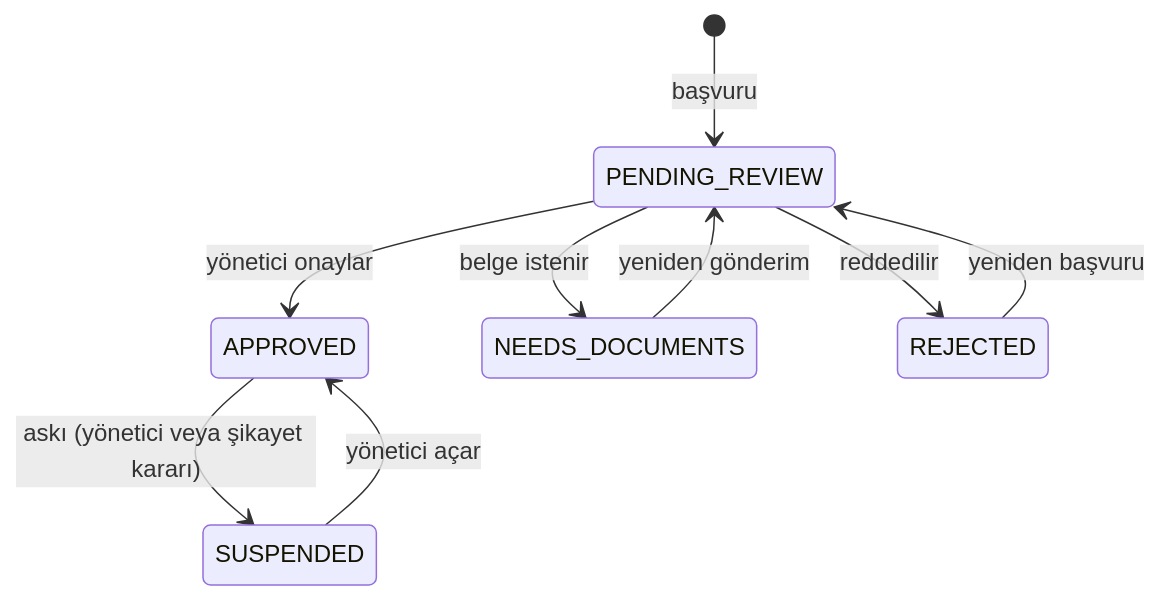
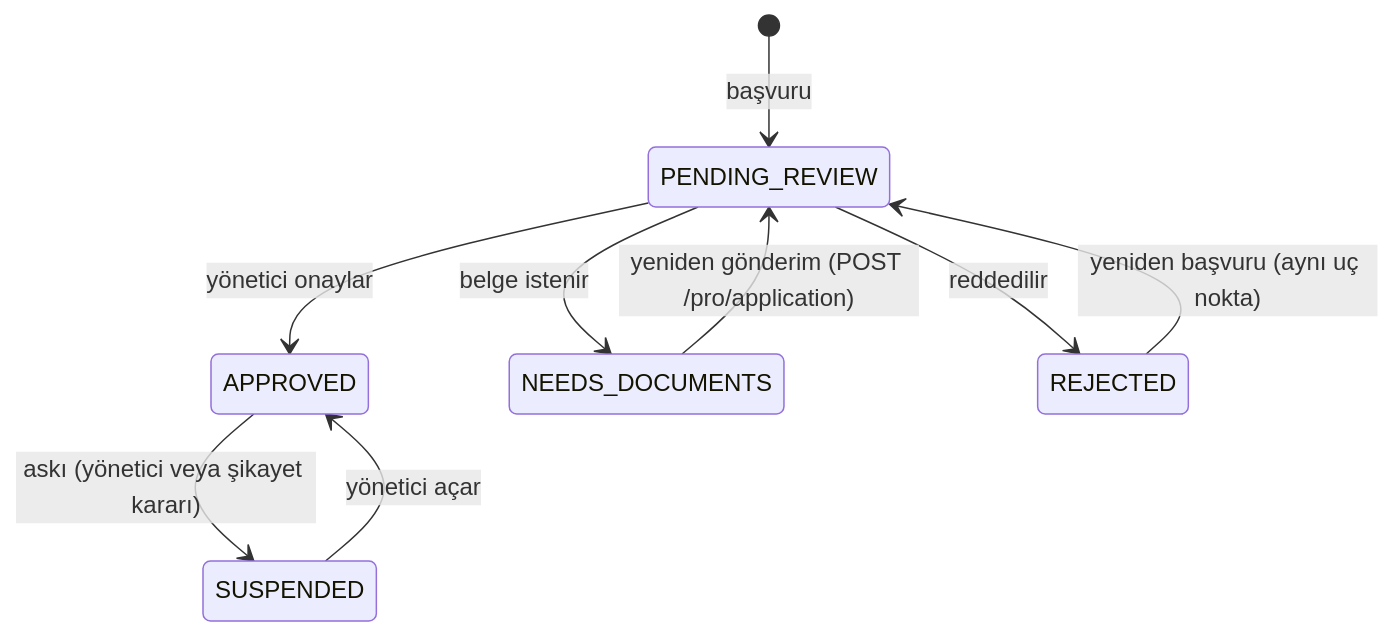
One commit to ataherdematay/Grad_Project changed diagram 21 of 27 in docs/deliverables/SDD.md. Above: the diagram before and after it, drawn with Mermaid. The commit also changed other lines of this file and 20 other files, not shown here.

````diff
--- a/docs/deliverables/SDD.md
+++ b/docs/deliverables/SDD.md
@@ -1421,11 +1690,11 @@
 ```mermaid
 stateDiagram-v2
     [*] --> PENDING_REVIEW : başvuru
     PENDING_REVIEW --> APPROVED : yönetici onaylar
     PENDING_REVIEW --> NEEDS_DOCUMENTS : belge istenir
     PENDING_REVIEW --> REJECTED : reddedilir
-    NEEDS_DOCUMENTS --> PENDING_REVIEW : yeniden gönderim
-    REJECTED --> PENDING_REVIEW : yeniden başvuru
+    NEEDS_DOCUMENTS --> PENDING_REVIEW : yeniden gönderim (POST /pro/application)
+    REJECTED --> PENDING_REVIEW : yeniden başvuru (aynı uç nokta)
     APPROVED --> SUSPENDED : askı (yönetici veya şikayet kararı)
     SUSPENDED --> APPROVED : yönetici açar
 ```
````
